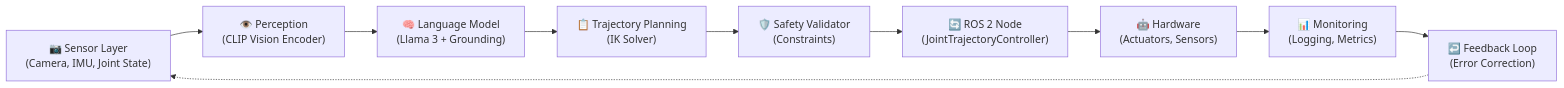
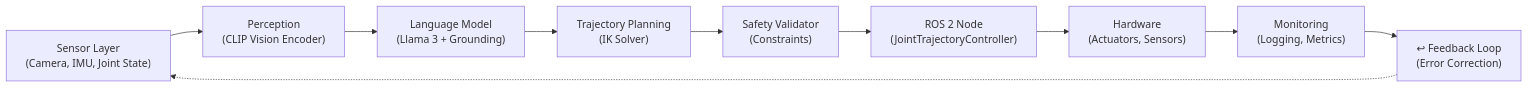
Before and after one commit to Danishhshahid/Physical-AI-Humanoid-Robotics-Book: the first of 2 diagrams in docs/chapters/ch6-capstone.mdx, drawn with Mermaid. The commit also changed other lines of this file and 45 other files, not shown here.

````diff
--- a/docs/chapters/ch6-capstone.mdx
+++ b/docs/chapters/ch6-capstone.mdx
@@ -35,22 +35,22 @@
 ```mermaid
 graph LR
-    Sensor["📷 Sensor Layer<br/>(Camera, IMU, Joint State)"]
-    Perception["👁️ Perception<br/>(CLIP Vision Encoder)"]
-    LLM["🧠 Language Model<br/>(Llama 3 + Grounding)"]
-    Planning["📋 Trajectory Planning<br/>(IK Solver)"]
-    Safety["🛡️ Safety Validator<br/>(Constraints)"]
-    ROS2["🔄 ROS 2 Node<br/>(JointTrajectoryController)"]
-    Hardware["🤖 Hardware<br/>(Actuators, Sensors)"]
-    Monitor["📊 Monitoring<br/>(Logging, Metrics)"]
-    Feedback["↩️ Feedback Loop<br/>(Error Correction)"]
+    Sensor[" Sensor Layer<br/>(Camera, IMU, Joint State)"]
+    Perception[" Perception<br/>(CLIP Vision Encoder)"]
+    LLM[" Language Model<br/>(Llama 3 + Grounding)"]
+    Planning[" Trajectory Planning<br/>(IK Solver)"]
+    Safety[" Safety Validator<br/>(Constraints)"]
+    ROS2[" ROS 2 Node<br/>(JointTrajectoryController)"]
+    Hardware[" Hardware<br/>(Actuators, Sensors)"]
+    Monitor[" Monitoring<br/>(Logging, Metrics)"]
+    Feedback["↩ Feedback Loop<br/>(Error Correction)"]
 
     Sensor --> Perception
     Perception --> LLM
     LLM --> Planning
     Planning --> Safety
     Safety --> ROS2
     ROS2 --> Hardware
     Hardware --> Monitor
     Monitor --> Feedback
     Feedback -.-> Sensor
 ```
````
